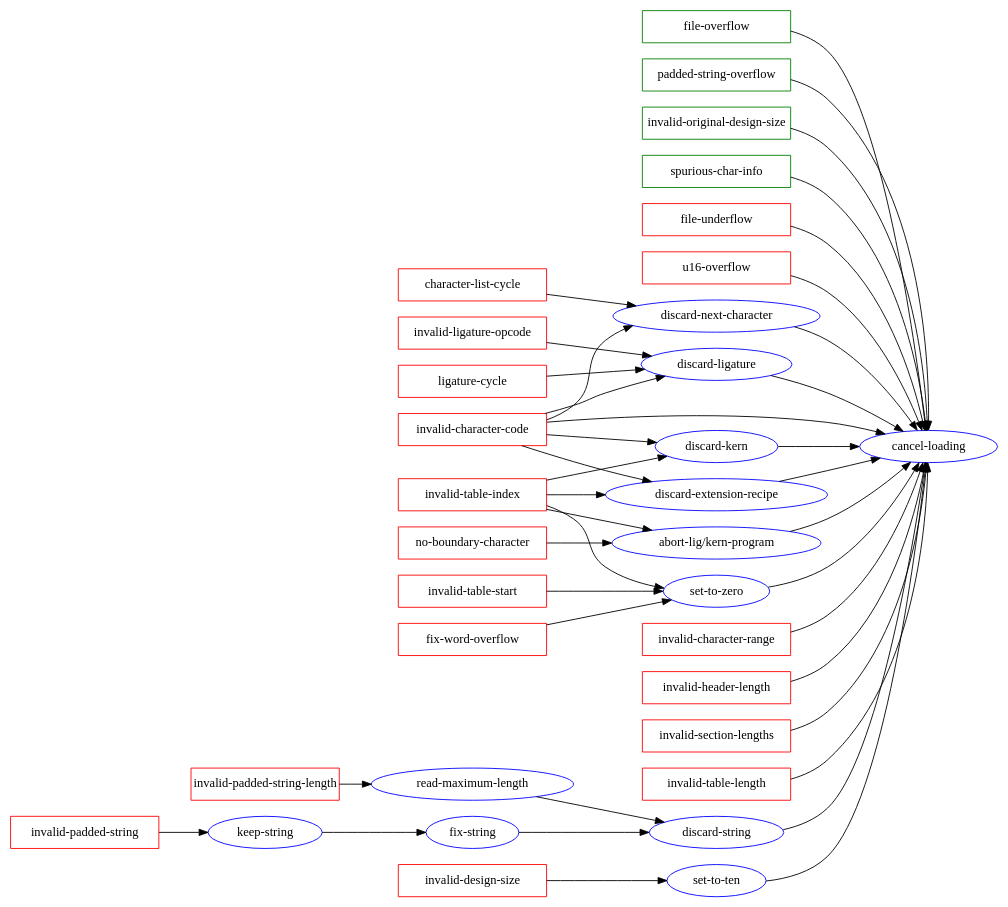
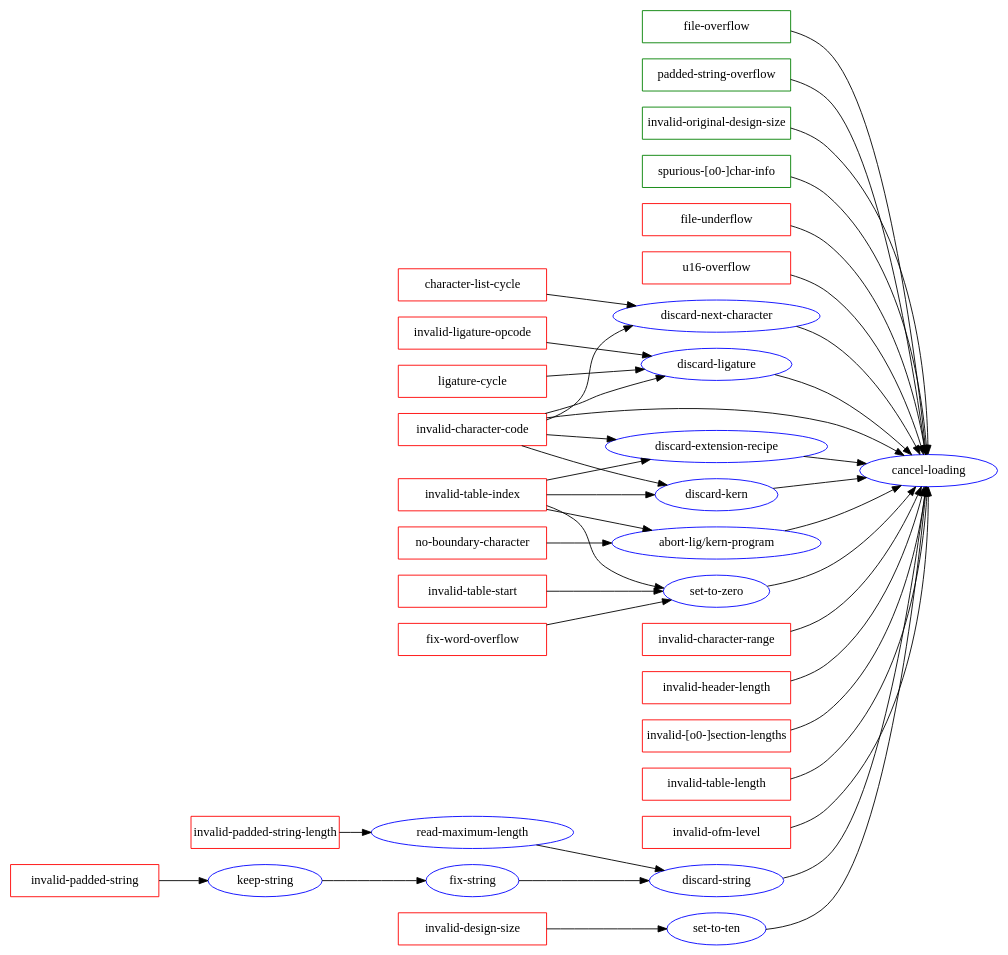
Before and after one commit to didierverna/tfm: the diagram in doc/conditions.dot, drawn with Graphviz.

Commit message:
Update condition diagram in user manual for OFM support.
2025-01-09  Didier Verna  <didier@didierverna.net>

	* doc/conditions.dot: Add the two level 0 Omega new conditions.

```diff
--- a/doc/conditions.dot
+++ b/doc/conditions.dot
@@ -1,48 +1,50 @@
 strict digraph {
   rankdir=LR;
   node [shape=ellipse color=blue]
 
 
 
   "file-overflow", "padded-string-overflow", "invalid-original-design-size",
-  "spurious-char-info"
+  "spurious-[o0-]char-info"
   [shape=box color=green fixedsize=true width=2.3]
 
   "character-list-cycle", "file-underflow", "u16-overflow",
   "fix-word-overflow", "invalid-padded-string",
   "invalid-character-code", "invalid-character-range", "invalid-design-size",
   "invalid-header-length", "invalid-ligature-opcode",
-  "invalid-section-lengths", "invalid-padded-string-length", "invalid-table-index",
+  "invalid-[o0-]section-lengths", "invalid-padded-string-length", "invalid-table-index",
   "invalid-table-length", "invalid-table-start", "ligature-cycle",
-  "no-boundary-character"
+  "no-boundary-character",
+  "invalid-ofm-level"
   [shape=box color=red fixedsize=true width=2.3]
 
+  "invalid-ofm-level" -> "cancel-loading";
   "file-overflow" -> "cancel-loading";
   "invalid-original-design-size" -> "cancel-loading";
   "file-underflow" -> "cancel-loading";
   "u16-overflow" -> "cancel-loading";
   "invalid-header-length" -> "cancel-loading";
-  "invalid-section-lengths" -> "cancel-loading";
+  "invalid-[o0-]section-lengths" -> "cancel-loading";
   "invalid-table-length" -> "cancel-loading";
   "invalid-character-range" -> "cancel-loading";
   "character-list-cycle" -> "discard-next-character" -> "cancel-loading";
   "fix-word-overflow" -> "set-to-zero" -> "cancel-loading";
   "invalid-padded-string" -> "keep-string" -> "fix-string" -> "discard-string" -> "cancel-loading";
   "invalid-padded-string-length" -> "read-maximum-length" -> "discard-string" -> "cancel-loading";
   "padded-string-overflow" -> "cancel-loading";
-  "spurious-char-info" -> "cancel-loading";
+  "spurious-[o0-]char-info" -> "cancel-loading";
   "invalid-character-code" -> "cancel-loading";
   "invalid-character-code" -> "discard-extension-recipe" -> "cancel-loading";
   "invalid-character-code" -> "discard-kern" -> "cancel-loading";
   "invalid-character-code" -> "discard-ligature" -> "cancel-loading";
   "invalid-character-code" -> "discard-next-character" -> "cancel-loading";
   "no-boundary-character" -> "abort-lig/kern-program" -> "cancel-loading";
   "invalid-design-size" -> "set-to-ten" -> "cancel-loading";
   "invalid-ligature-opcode" -> "discard-ligature" -> "cancel-loading";
   "invalid-table-index" -> "abort-lig/kern-program" -> "cancel-loading";
   "invalid-table-index" -> "discard-extension-recipe" -> "cancel-loading";
   "invalid-table-index" -> "discard-kern" -> "cancel-loading";
   "invalid-table-index" -> "set-to-zero" -> "cancel-loading";
   "invalid-table-start" -> "set-to-zero" -> "cancel-loading";
   "ligature-cycle" -> "discard-ligature" -> "cancel-loading";
 }
```
